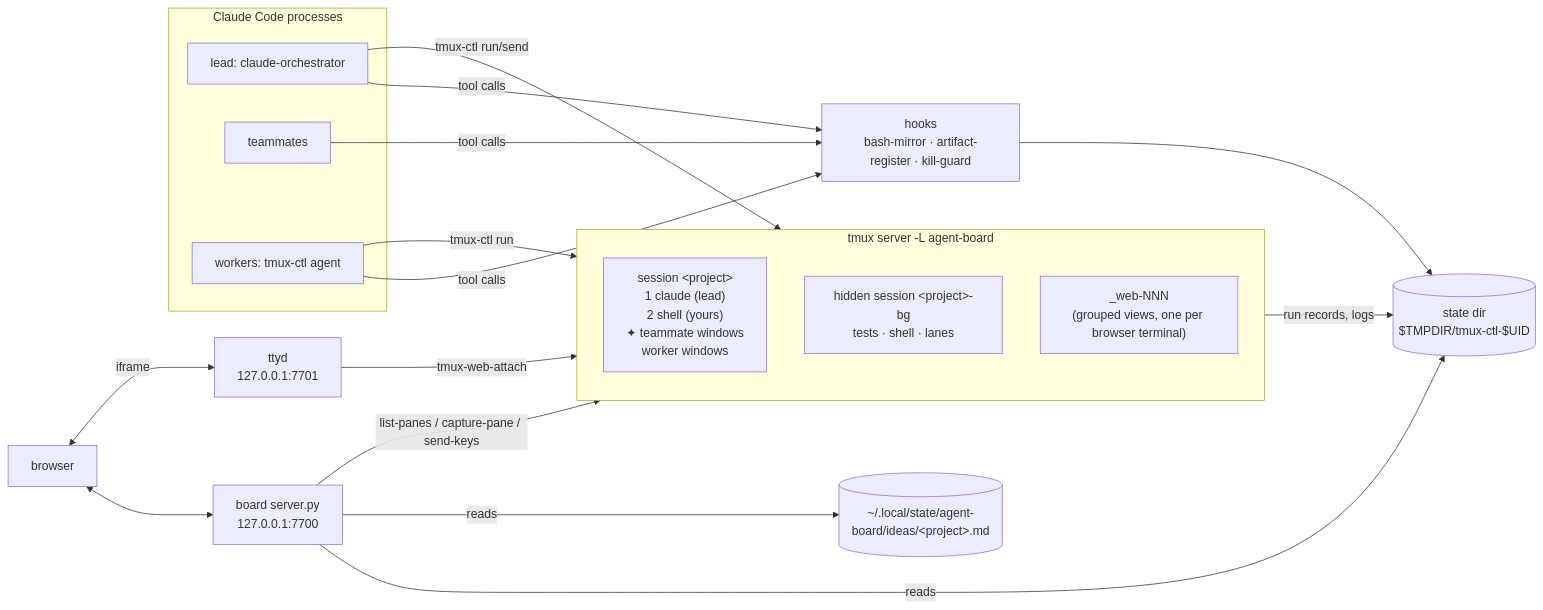
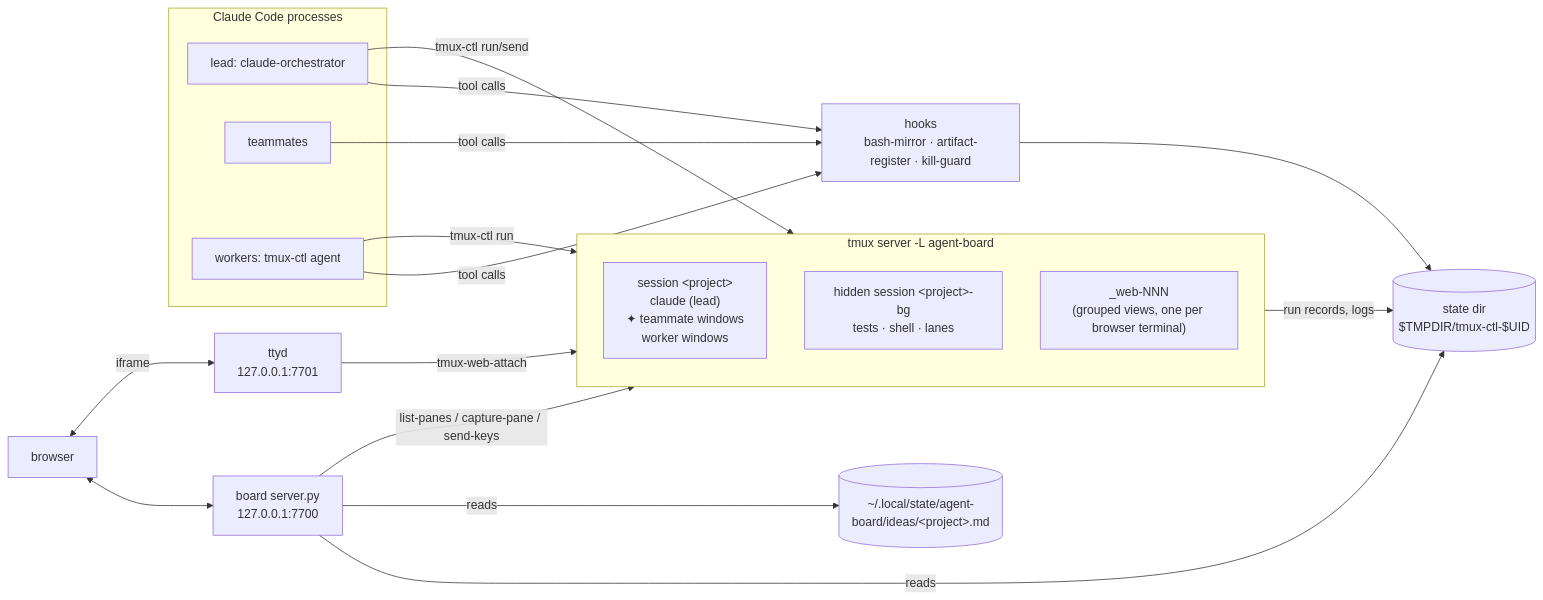
One commit to cisco-trkkn/agent-board changed the first of 2 diagrams in docs/ARCHITECTURE.md. Above: the diagram before and after it, drawn with Mermaid. The commit also changed other lines of this file and 5 other files, not shown here.

First line of the commit message:
docs: the main session has only claude; prefix S is a throwaway shell

````diff
--- a/docs/ARCHITECTURE.md
+++ b/docs/ARCHITECTURE.md
@@ -11,29 +11,29 @@
 ```mermaid
 flowchart LR
   subgraph tmux["tmux server -L agent-board"]
     direction TB
-    P["session &lt;project&gt;<br/>1 claude (lead)<br/>2 shell (yours)<br/>✦ teammate windows<br/>worker windows"]
+    P["session &lt;project&gt;<br/>claude (lead)<br/>✦ teammate windows<br/>worker windows"]
     BG["hidden session &lt;project&gt;-bg<br/>tests · shell · lanes"]
     W["_web-NNN<br/>(grouped views, one per browser terminal)"]
   end
   subgraph claude["Claude Code processes"]
     L[lead: claude-orchestrator]
     T[teammates]
     K[workers: tmux-ctl agent]
   end
   H["hooks<br/>bash-mirror · artifact-register · kill-guard"]
   S[("state dir<br/>$TMPDIR/tmux-ctl-$UID")]
   I[("~/.local/state/agent-board/ideas/&lt;project&gt;.md")]
   B["board server.py<br/>127.0.0.1:7700"]
   Y["ttyd<br/>127.0.0.1:7701"]
   UI["browser"]
 
   L -- tmux-ctl run/send --> BG
   K -- tmux-ctl run --> BG
   L & T & K -- tool calls --> H --> S
   BG -- run records, logs --> S
   B -- reads --> S & I
   B -- list-panes / capture-pane / send-keys --> tmux
   UI <--> B
   UI <-- iframe --> Y -- tmux-web-attach --> W
 ```
````
